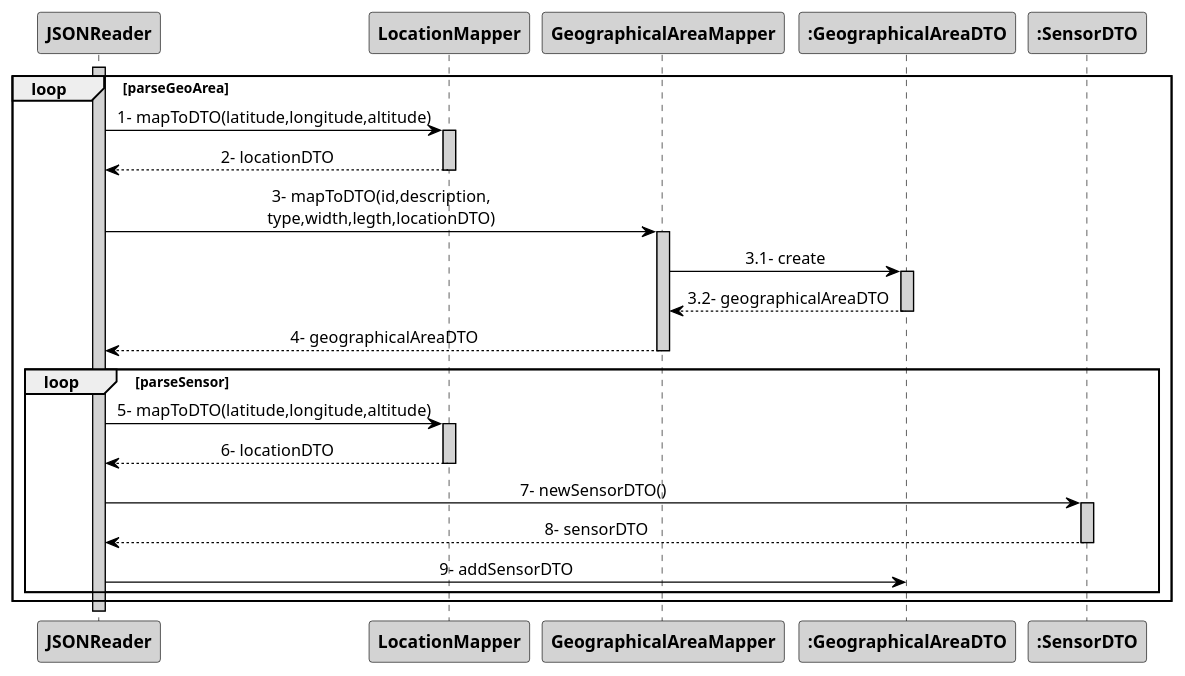
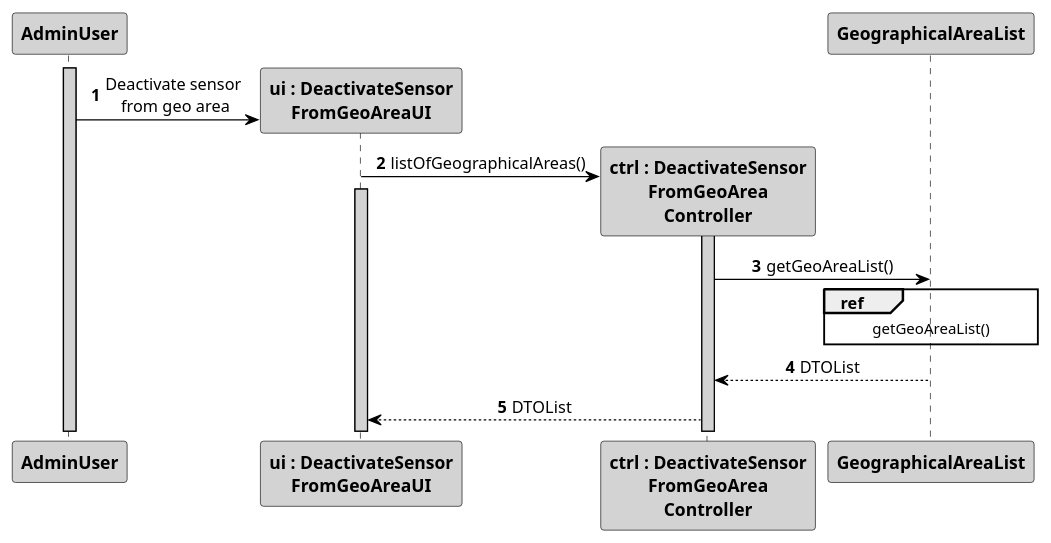
Before and after one commit to 1181687/hateoasToy: the diagram in src/main/java/pt/ipp/isep/dei/project/controllers/deactivatesensorfromgeoarea/SD_DeactivateSensorFromGeoArea.puml, drawn with PlantUML. The commit also changed 1 other file, not shown here.

Commit message:
Addresses #147. More updates to the sequence diagram.

```diff
--- a/src/main/java/pt/ipp/isep/dei/project/controllers/deactivatesensorfromgeoarea/SD_DeactivateSensorFromGeoArea.puml
+++ b/src/main/java/pt/ipp/isep/dei/project/controllers/deactivatesensorfromgeoarea/SD_DeactivateSensorFromGeoArea.puml
@@ -1,49 +1,38 @@
 @startuml
+autonumber
 skinparam sequenceMessageAlign center
 skinparam sequence {
 	ArrowColor Black
 	ActorBorderColor DarkBlue
 	LifeLineBorderColor black
 	LifeLineBackgroundColor LightGrey
 
 	ParticipantBorderColor Black
 	ParticipantBackgroundColor LightGrey
 	ParticipantFontStyle Bold
 
 	ActorBackgroundColor DimGrey
 	ActorFontColor DeepSkyBlue
 	ActorFontStyle Bold
 	ActorFontSize 17
 	ActorFontName Aapex
 }
 
-loop parseGeoArea
-activate "JSONReader"
-JSONReader -> "LocationMapper": 1- mapToDTO(latitude,longitude,altitude)
-activate "LocationMapper"
-"LocationMapper" --> JSONReader: 2- locationDTO
-deactivate "LocationMapper"
-JSONReader -> "GeographicalAreaMapper": 3- mapToDTO(id,description,\ntype,width,legth,locationDTO)
-activate "GeographicalAreaMapper"
-"GeographicalAreaMapper" -> ":GeographicalAreaDTO" : 3.1- create
-activate ":GeographicalAreaDTO"
-":GeographicalAreaDTO" --> "GeographicalAreaMapper": 3.2- geographicalAreaDTO
-deactivate ":GeographicalAreaDTO"
+activate AdminUser
+actor AdminUser
 
-"GeographicalAreaMapper" --> JSONReader: 4- geographicalAreaDTO
-deactivate "GeographicalAreaMapper"
+AdminUser -> "ui : DeactivateSensor\nFromGeoAreaUI" **: Deactivate sensor \nfrom geo area
+"ui : DeactivateSensor\nFromGeoAreaUI" -> "ctrl : DeactivateSensor\nFromGeoArea\nController" **: listOfGeographicalAreas()
+activate "ui : DeactivateSensor\nFromGeoAreaUI"
+activate "ctrl : DeactivateSensor\nFromGeoArea\nController"
 
-loop parseSensor
-JSONReader -> "LocationMapper": 5- mapToDTO(latitude,longitude,altitude)
-activate "LocationMapper"
-"LocationMapper" --> JSONReader: 6- locationDTO
-deactivate "LocationMapper"
-JSONReader -> ":SensorDTO": 7- newSensorDTO()
-activate ":SensorDTO"
-":SensorDTO" --> JSONReader: 8- sensorDTO
-deactivate ":SensorDTO"
-"JSONReader" -> ":GeographicalAreaDTO" :9- addSensorDTO
+"ctrl : DeactivateSensor\nFromGeoArea\nController" -> "GeographicalAreaList": getGeoAreaList()
+ref over "GeographicalAreaList"
+getGeoAreaList()
+end
+"GeographicalAreaList" --> "ctrl : DeactivateSensor\nFromGeoArea\nController": DTOList
+"ctrl : DeactivateSensor\nFromGeoArea\nController" --> "ui : DeactivateSensor\nFromGeoAreaUI": DTOList
 
-end
-end
+
+
 @enduml
```
